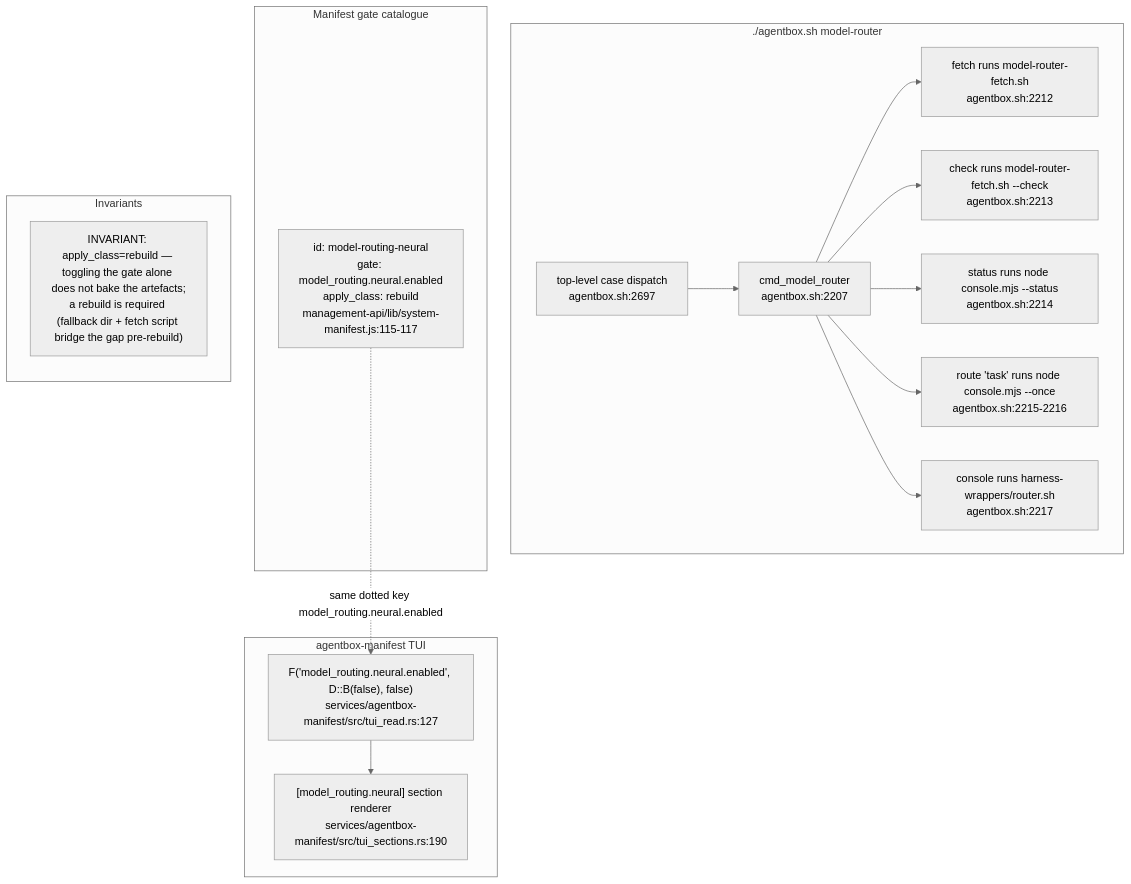
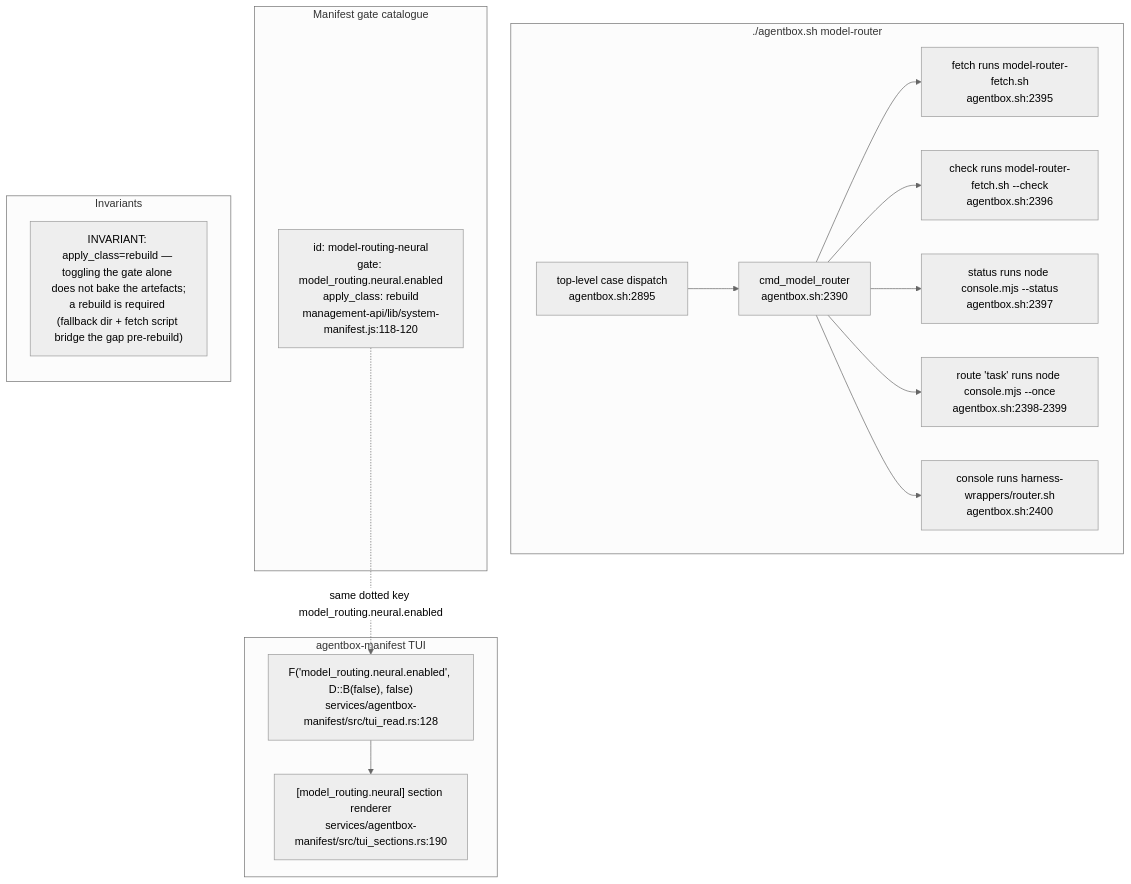
One commit to DreamLab-AI/VisionFlow changed the eighth of 9 diagrams in docs/diagrams/agentbox/29-metaharness-router-console.md. Above: the diagram before and after it, drawn with Mermaid (neutral theme). The commit also changed other lines of this file and 160 other files, not shown here.

````diff
--- a/docs/diagrams/agentbox/29-metaharness-router-console.md
+++ b/docs/diagrams/agentbox/29-metaharness-router-console.md
@@ -269,32 +275,32 @@
 ```mermaid
 flowchart TB
     subgraph cli["./agentbox.sh model-router <sub>"]
-        CMD["cmd_model_router<br/>agentbox.sh:2207"]
-        FETCH2["fetch runs model-router-fetch.sh<br/>agentbox.sh:2212"]
-        CHECK2["check runs model-router-fetch.sh --check<br/>agentbox.sh:2213"]
-        STATUS2["status runs node console.mjs --status<br/>agentbox.sh:2214"]
-        ROUTE2["route 'task' runs node console.mjs --once<br/>agentbox.sh:2215-2216"]
-        CONSOLE2["console runs harness-wrappers/router.sh<br/>agentbox.sh:2217"]
-        DISPATCH["top-level case dispatch<br/>agentbox.sh:2697"]
+        CMD["cmd_model_router<br/>agentbox.sh:2390"]
+        FETCH2["fetch runs model-router-fetch.sh<br/>agentbox.sh:2395"]
+        CHECK2["check runs model-router-fetch.sh --check<br/>agentbox.sh:2396"]
+        STATUS2["status runs node console.mjs --status<br/>agentbox.sh:2397"]
+        ROUTE2["route 'task' runs node console.mjs --once<br/>agentbox.sh:2398-2399"]
+        CONSOLE2["console runs harness-wrappers/router.sh<br/>agentbox.sh:2400"]
+        DISPATCH["top-level case dispatch<br/>agentbox.sh:2895"]
     end
     subgraph catalogue["Manifest gate catalogue"]
-        GATE["id: model-routing-neural<br/>gate: model_routing.neural.enabled<br/>apply_class: rebuild<br/>management-api/lib/system-manifest.js:115-117"]
+        GATE["id: model-routing-neural<br/>gate: model_routing.neural.enabled<br/>apply_class: rebuild<br/>management-api/lib/system-manifest.js:118-120"]
     end
     subgraph tui["agentbox-manifest TUI"]
-        READ["F('model_routing.neural.enabled', D::B(false), false)<br/>services/agentbox-manifest/src/tui_read.rs:127"]
+        READ["F('model_routing.neural.enabled', D::B(false), false)<br/>services/agentbox-manifest/src/tui_read.rs:128"]
         RENDER["[model_routing.neural] section renderer<br/>services/agentbox-manifest/src/tui_sections.rs:190"]
     end
     DISPATCH --> CMD
     CMD --> FETCH2
     CMD --> CHECK2
     CMD --> STATUS2
     CMD --> ROUTE2
     CMD --> CONSOLE2
     GATE -.->|"same dotted key model_routing.neural.enabled"| READ
     READ --> RENDER
     subgraph notes["Invariants"]
         direction TB
         N1["INVARIANT: apply_class=rebuild — toggling the gate alone does not bake the artefacts;<br/>a rebuild is required (fallback dir + fetch script bridge the gap pre-rebuild)"]
         N1
     end
 ```
````
